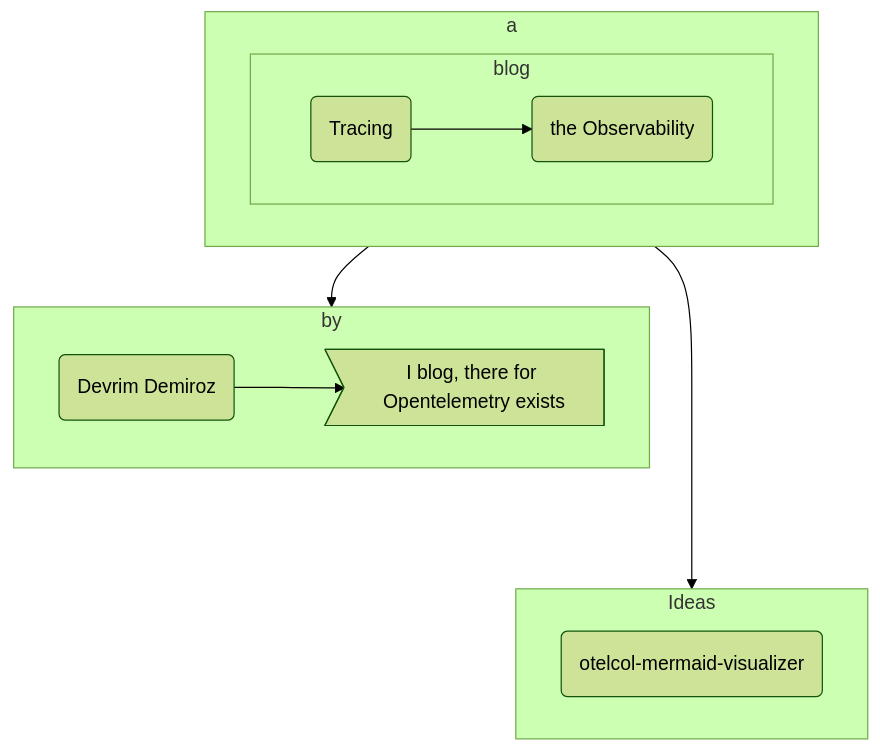
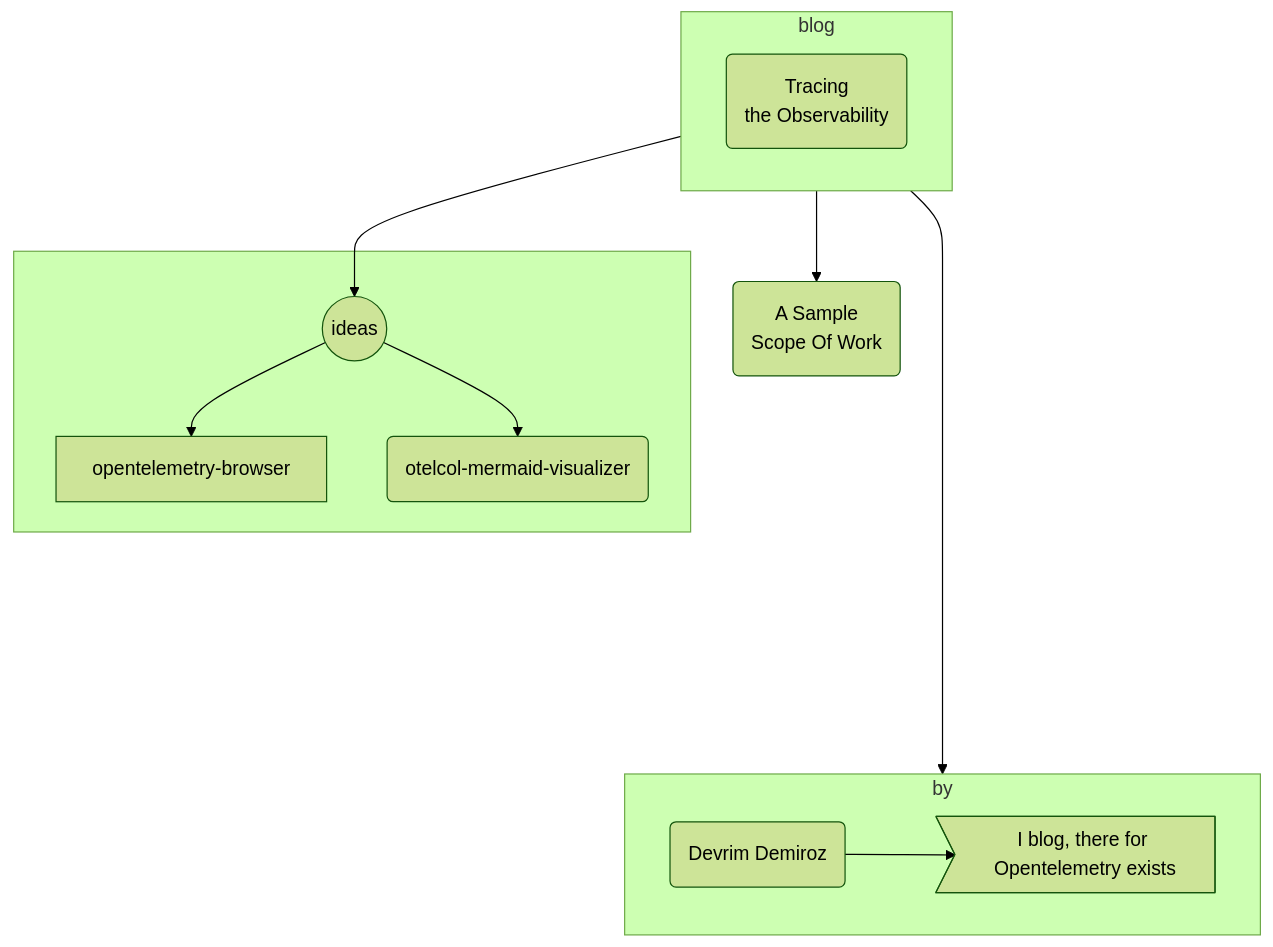
Before and after one commit to devrimdemiroz/devrimdemiroz.github.io: the diagram in docs/README.md, drawn with Mermaid (forest theme). The commit also changed 5 other files, not shown here.

````diff
--- a/docs/README.md
+++ b/docs/README.md
@@ -3,41 +1,38 @@
 ```mermaid
 flowchart TD
           
-    subgraph a
         direction LR
         
         subgraph blog
          direction LR
-            Tracing(Tracing)
-            Tracing --> the-observability(the Observability)
+            TtO(Tracing <br/> the Observability)
         end
         
-     
-    end
     
 
       
    
    
      subgraph by
-       direction LR
             DD(Devrim Demiroz)
             DD-->Descartes>I blog, there for Opentelemetry exists]
      end
 
-    blog --> by        
+    blog -------> by        
     
+    subgraph s_ideas [" "]
+
+        ideas((ideas)) --> opentelemetry-browser & otelcol-mermaid-visualizer(otelcol-mermaid-visualizer)
+    end
          
-         subgraph Ideas
-        direction LR
-        
-        otelcol-mermaid-visualizer(otelcol-mermaid-visualizer)
          
-    end
-    the-observability---->Ideas
-      click otelcol-mermaid-visualizer "#/Ideas/otelcol-mermaid-visualizer";     
+    TtO -->ideas & sow(A Sample <br/> Scope Of Work)
+   click sow "/#/ScopeOfWork";     
+   click ideas "/#/ideas";     
+   click opentelemetry-browser "https://github.com/devrimdemiroz/opentelemetry-browser" "Open this in a new tab" _blank;     
+   click otelcol-mermaid-visualizer "/#/ideas/otelcol-mermaid-visualizer";     
     
         
 
   
 ```
````
